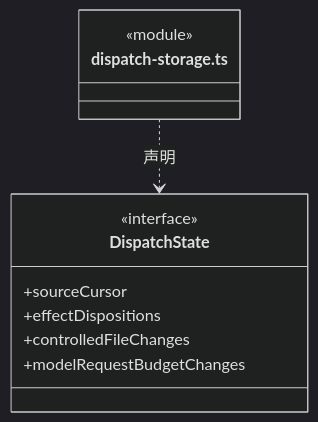
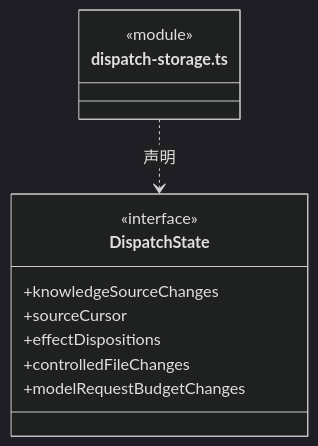
One commit to nan023062/cbim changed the third of 4 diagrams in src/logic/dispatch/rules/ARCHITECTURE.md. Above: the diagram before and after it, drawn with Mermaid (dark theme). The commit also changed other lines of this file and 26 other files, not shown here.

````diff
--- a/src/logic/dispatch/rules/ARCHITECTURE.md
+++ b/src/logic/dispatch/rules/ARCHITECTURE.md
@@ -119,14 +119,15 @@
 ```mermaid
 classDiagram
 class N_src_logic_dispatch_rules_dispatch_storage_ts["dispatch-storage.ts"] {
   <<module>>
 }
 class N_src_logic_dispatch_rules_dispatch_storage_ts_DispatchState["DispatchState"] {
   <<interface>>
+  +knowledgeSourceChanges
   +sourceCursor
   +effectDispositions
   +controlledFileChanges
   +modelRequestBudgetChanges
 }
 N_src_logic_dispatch_rules_dispatch_storage_ts ..> N_src_logic_dispatch_rules_dispatch_storage_ts_DispatchState : 声明
 ```
````
